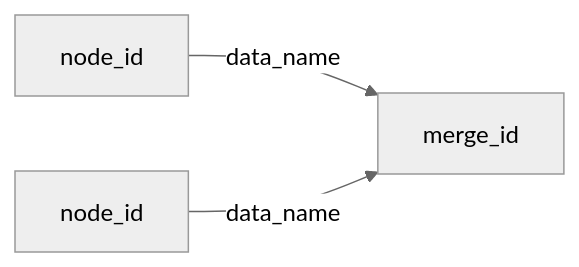
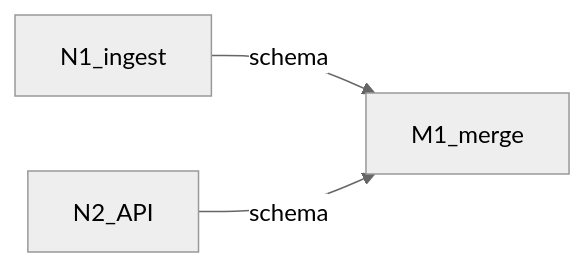
Before and after one commit to Vinayak-RZ/Improveness: the diagram in .cursor/skills/graph-engineering/GRAPH.template.md, drawn with Mermaid (neutral theme). The commit also changed other lines of this file and 122 other files, not shown here.

````diff
--- a/.cursor/skills/graph-engineering/GRAPH.template.md
+++ b/.cursor/skills/graph-engineering/GRAPH.template.md
@@ -24,7 +62,7 @@
 ```mermaid
 flowchart LR
-  N1[node_id]
-  N2[node_id]
-  N1 -->|"data_name"| Merge[merge_id]
-  N2 -->|"data_name"| Merge
+  N1[N1_ingest]
+  N2[N2_API]
+  N1 -->|"schema"| Merge[M1_merge]
+  N2 -->|"schema"| Merge
 ```
````
